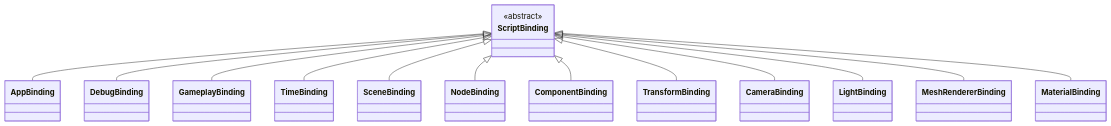
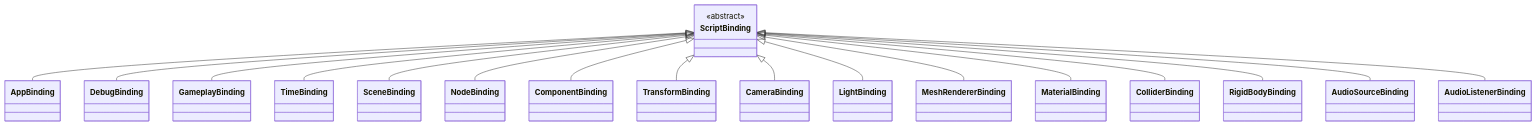
The fourth of 4 diagrams in docs/plugins/runtime/class-diagrams/script-bindings.md (lcals/Engine), drawn with Mermaid before and after one commit. The commit also changed other lines of this file and 114 other files, not shown here.

````diff
--- a/docs/plugins/runtime/class-diagrams/script-bindings.md
+++ b/docs/plugins/runtime/class-diagrams/script-bindings.md
@@ -88,31 +88,39 @@
 ```mermaid
 classDiagram
     direction TB
     class ScriptBinding {
         <<abstract>>
     }
     class AppBinding
     class DebugBinding
     class GameplayBinding
     class TimeBinding
     class SceneBinding
     class NodeBinding
     class ComponentBinding
     class TransformBinding
     class CameraBinding
     class LightBinding
     class MeshRendererBinding
     class MaterialBinding
+    class ColliderBinding
+    class RigidBodyBinding
+    class AudioSourceBinding
+    class AudioListenerBinding
     ScriptBinding <|-- AppBinding
     ScriptBinding <|-- DebugBinding
     ScriptBinding <|-- GameplayBinding
     ScriptBinding <|-- TimeBinding
     ScriptBinding <|-- SceneBinding
     ScriptBinding <|-- NodeBinding
     ScriptBinding <|-- ComponentBinding
     ScriptBinding <|-- TransformBinding
     ScriptBinding <|-- CameraBinding
     ScriptBinding <|-- LightBinding
     ScriptBinding <|-- MeshRendererBinding
     ScriptBinding <|-- MaterialBinding
+    ScriptBinding <|-- ColliderBinding
+    ScriptBinding <|-- RigidBodyBinding
+    ScriptBinding <|-- AudioSourceBinding
+    ScriptBinding <|-- AudioListenerBinding
 ```
````
